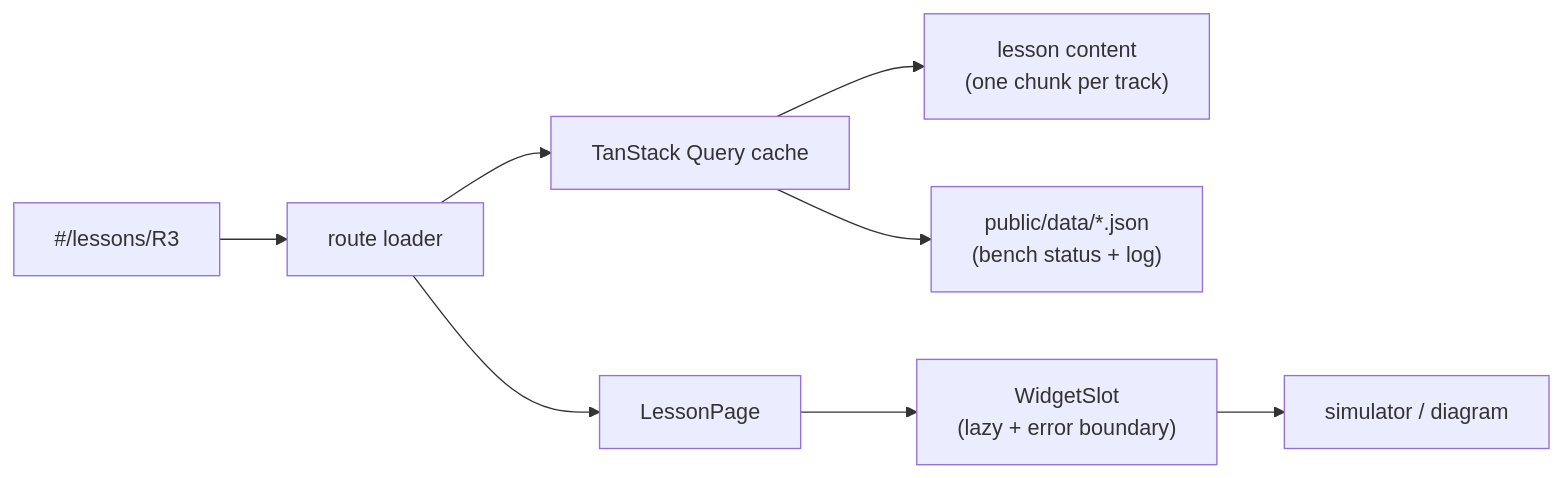
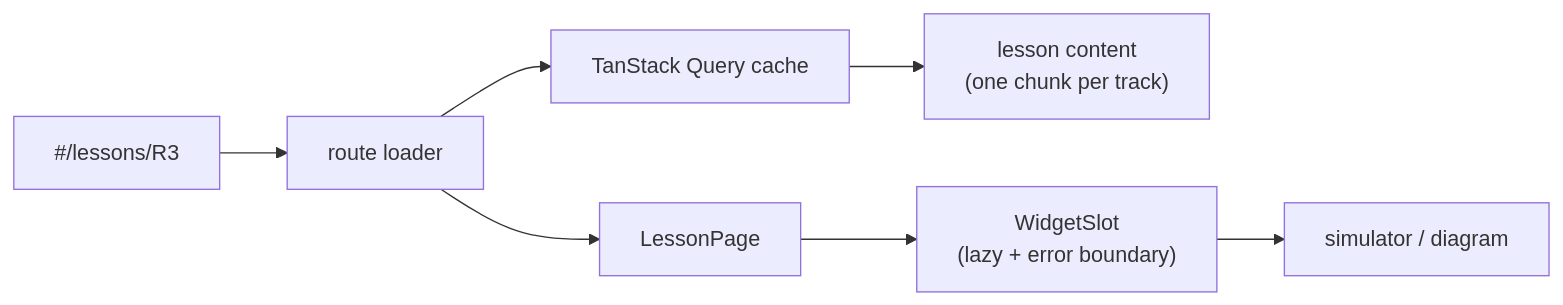
The diagram in README.md (agharsallah/esp-labs-web), drawn with Mermaid before and after one commit. The commit also changed other lines of this file and 49 other files, not shown here.

````diff
--- a/README.md
+++ b/README.md
@@ -117,7 +116,6 @@
 ```mermaid
 flowchart LR
   url["#/lessons/R3"] --> loader["route loader"] --> query["TanStack Query cache"]
   query --> content["lesson content<br/>(one chunk per track)"]
-  query --> data["public/data/*.json<br/>(bench status + log)"]
   loader --> page["LessonPage"] --> slot["WidgetSlot<br/>(lazy + error boundary)"] --> sim["simulator / diagram"]
 ```
````
